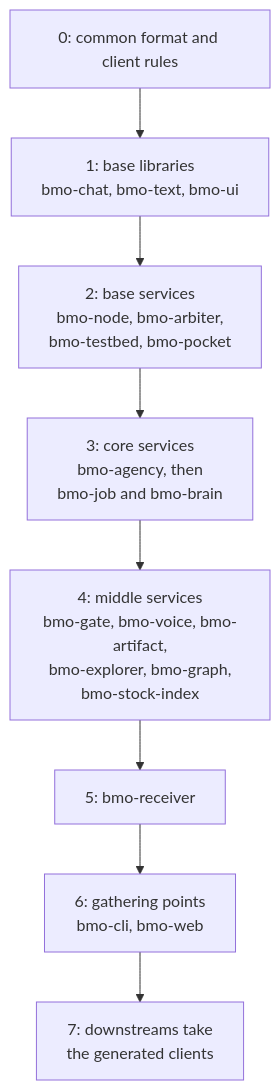
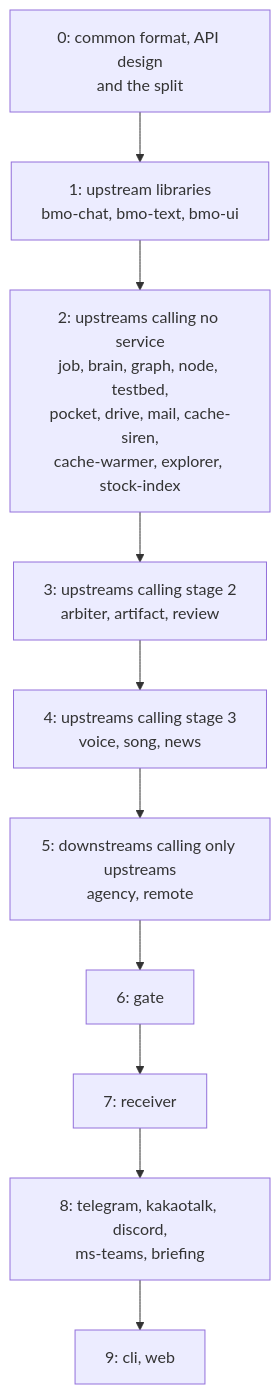
The diagram in docs/conventions.md (ahas/bmo-chat), drawn with Mermaid before and after one commit. The commit also changed other lines of this file, not shown here.

First line of the commit message:
Split upstream and downstream by independence

````diff
--- a/docs/conventions.md
+++ b/docs/conventions.md
@@ -220,12 +296,14 @@
 ```mermaid
 flowchart TD
-  S0["0: common format and client rules"]
-  S1["1: base libraries<br/>bmo-chat, bmo-text, bmo-ui"]
-  S2["2: base services<br/>bmo-node, bmo-arbiter,<br/>bmo-testbed, bmo-pocket"]
-  S3["3: core services<br/>bmo-agency, then<br/>bmo-job and bmo-brain"]
-  S4["4: middle services<br/>bmo-gate, bmo-voice, bmo-artifact,<br/>bmo-explorer, bmo-graph,<br/>bmo-stock-index"]
-  S5["5: bmo-receiver"]
-  S6["6: gathering points<br/>bmo-cli, bmo-web"]
-  S7["7: downstreams take<br/>the generated clients"]
-  S0 --> S1 --> S2 --> S3 --> S4 --> S5 --> S6 --> S7
+  S0["0: common format, API design<br/>and the split"]
+  S1["1: upstream libraries<br/>bmo-chat, bmo-text, bmo-ui"]
+  S2["2: upstreams calling no service<br/>job, brain, graph, node, testbed,<br/>pocket, drive, mail, cache-siren,<br/>cache-warmer, explorer, stock-index"]
+  S3["3: upstreams calling stage 2<br/>arbiter, artifact, review"]
+  S4["4: upstreams calling stage 3<br/>voice, song, news"]
+  S5["5: downstreams calling only upstreams<br/>agency, remote"]
+  S6["6: gate"]
+  S7["7: receiver"]
+  S8["8: telegram, kakaotalk, discord,<br/>ms-teams, briefing"]
+  S9["9: cli, web"]
+  S0 --> S1 --> S2 --> S3 --> S4 --> S5 --> S6 --> S7 --> S8 --> S9
 ```
````
